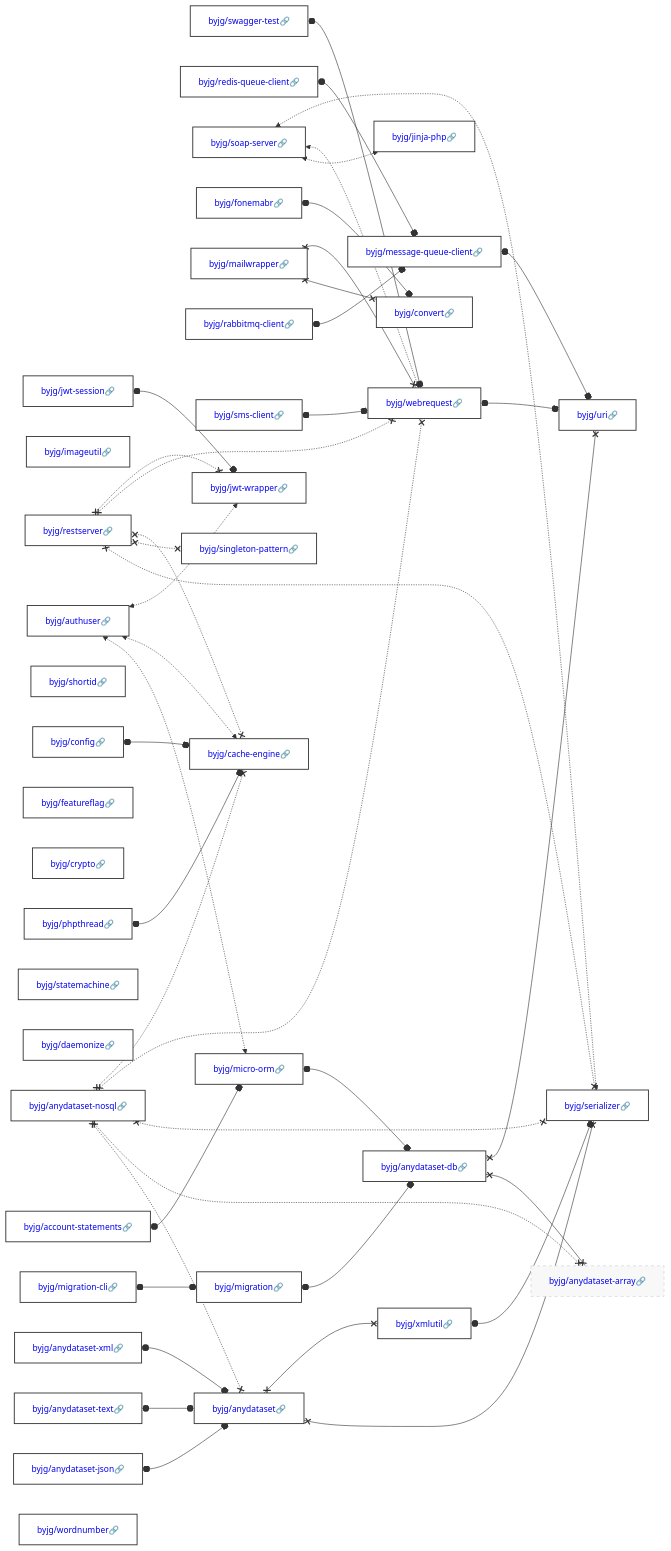
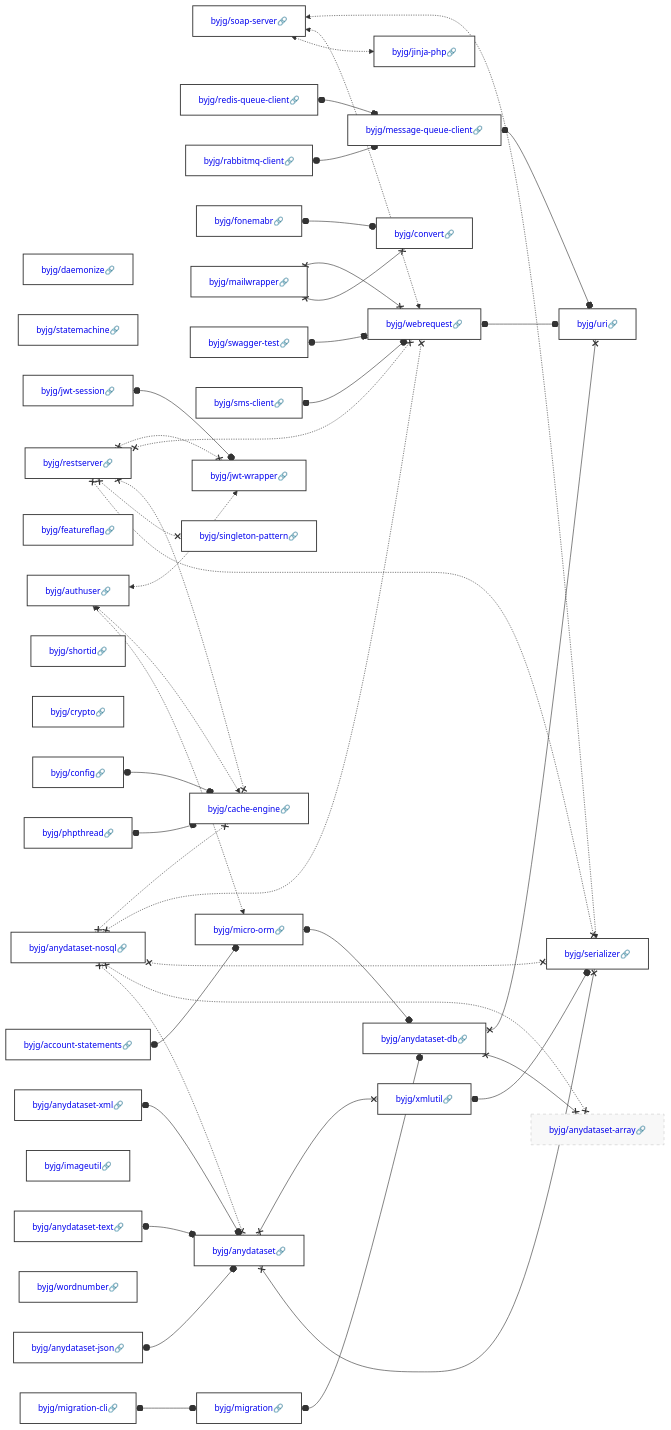
The diagram in docs/php/README.md (byjg/byjg.github.io), drawn with Mermaid before and after one commit. The commit also changed other lines of this file and 1 other file, not shown here.

Commit message:
Update documentation 'php' 'php-wordnumber'

````diff
--- a/docs/php/README.md
+++ b/docs/php/README.md
@@ -3,45 +3,45 @@
 ```mermaid
 graph LR;
+  byjg/soap-server[<a href='https://opensource.byjg.com/docs/php/soap-server' style='text-decoration:none'>byjg/soap-server🔗</a>];
+  byjg/redis-queue-client[<a href='https://opensource.byjg.com/docs/php/redis-queue-client' style='text-decoration:none'>byjg/redis-queue-client🔗</a>];
+  byjg/daemonize[<a href='https://opensource.byjg.com/docs/php/daemonize' style='text-decoration:none'>byjg/daemonize🔗</a>];
+  byjg/statemachine[<a href='https://opensource.byjg.com/docs/php/statemachine' style='text-decoration:none'>byjg/statemachine🔗</a>];
+  byjg/rabbitmq-client[<a href='https://opensource.byjg.com/docs/php/rabbitmq-client' style='text-decoration:none'>byjg/rabbitmq-client🔗</a>];
+  byjg/phpthread[<a href='https://opensource.byjg.com/docs/php/phpthread' style='text-decoration:none'>byjg/phpthread🔗</a>];
+  byjg/restserver[<a href='https://opensource.byjg.com/docs/php/restserver' style='text-decoration:none'>byjg/restserver🔗</a>];
+  byjg/featureflag[<a href='https://opensource.byjg.com/docs/php/featureflag' style='text-decoration:none'>byjg/featureflag🔗</a>];
+  byjg/authuser[<a href='https://opensource.byjg.com/docs/php/authuser' style='text-decoration:none'>byjg/authuser🔗</a>];
+  byjg/shortid[<a href='https://opensource.byjg.com/docs/php/shortid' style='text-decoration:none'>byjg/shortid🔗</a>];
+  byjg/crypto[<a href='https://opensource.byjg.com/docs/php/crypto' style='text-decoration:none'>byjg/crypto🔗</a>];
   byjg/jwt-session[<a href='https://opensource.byjg.com/docs/php/jwt-session' style='text-decoration:none'>byjg/jwt-session🔗</a>];
-  byjg/imageutil[<a href='https://opensource.byjg.com/docs/php/imageutil' style='text-decoration:none'>byjg/imageutil🔗</a>];
-  byjg/anydataset-text[<a href='https://opensource.byjg.com/docs/php/anydataset-text' style='text-decoration:none'>byjg/anydataset-text🔗</a>];
-  byjg/config[<a href='https://opensource.byjg.com/docs/php/config' style='text-decoration:none'>byjg/config🔗</a>];
-  byjg/shortid[<a href='https://opensource.byjg.com/docs/php/shortid' style='text-decoration:none'>byjg/shortid🔗</a>];
-  byjg/swagger-test[<a href='https://opensource.byjg.com/docs/php/swagger-test' style='text-decoration:none'>byjg/swagger-test🔗</a>];
-  byjg/anydataset-nosql[<a href='https://opensource.byjg.com/docs/php/anydataset-nosql' style='text-decoration:none'>byjg/anydataset-nosql🔗</a>];
-  byjg/redis-queue-client[<a href='https://opensource.byjg.com/docs/php/redis-queue-client' style='text-decoration:none'>byjg/redis-queue-client🔗</a>];
-  byjg/featureflag[<a href='https://opensource.byjg.com/docs/php/featureflag' style='text-decoration:none'>byjg/featureflag🔗</a>];
-  byjg/crypto[<a href='https://opensource.byjg.com/docs/php/crypto' style='text-decoration:none'>byjg/crypto🔗</a>];
-  byjg/anydataset-json[<a href='https://opensource.byjg.com/docs/php/anydataset-json' style='text-decoration:none'>byjg/anydataset-json🔗</a>];
-  byjg/soap-server[<a href='https://opensource.byjg.com/docs/php/soap-server' style='text-decoration:none'>byjg/soap-server🔗</a>];
-  byjg/statemachine[<a href='https://opensource.byjg.com/docs/php/statemachine' style='text-decoration:none'>byjg/statemachine🔗</a>];
-  byjg/daemonize[<a href='https://opensource.byjg.com/docs/php/daemonize' style='text-decoration:none'>byjg/daemonize🔗</a>];
+  byjg/account-statements[<a href='https://opensource.byjg.com/docs/php/account-statements' style='text-decoration:none'>byjg/account-statements🔗</a>];
   byjg/fonemabr[<a href='https://opensource.byjg.com/docs/php/fonemabr' style='text-decoration:none'>byjg/fonemabr🔗</a>];
   byjg/mailwrapper[<a href='https://opensource.byjg.com/docs/php/mailwrapper' style='text-decoration:none'>byjg/mailwrapper🔗</a>];
-  byjg/restserver[<a href='https://opensource.byjg.com/docs/php/restserver' style='text-decoration:none'>byjg/restserver🔗</a>];
-  byjg/authuser[<a href='https://opensource.byjg.com/docs/php/authuser' style='text-decoration:none'>byjg/authuser🔗</a>];
-  byjg/anydataset-xml[<a href='https://opensource.byjg.com/docs/php/anydataset-xml' style='text-decoration:none'>byjg/anydataset-xml🔗</a>];
-  byjg/phpthread[<a href='https://opensource.byjg.com/docs/php/phpthread' style='text-decoration:none'>byjg/phpthread🔗</a>];
+  byjg/config[<a href='https://opensource.byjg.com/docs/php/config' style='text-decoration:none'>byjg/config🔗</a>];
+  byjg/swagger-test[<a href='https://opensource.byjg.com/docs/php/swagger-test' style='text-decoration:none'>byjg/swagger-test🔗</a>];
+  byjg/anydataset-json[<a href='https://opensource.byjg.com/docs/php/anydataset-json' style='text-decoration:none'>byjg/anydataset-json🔗</a>];
   byjg/migration-cli[<a href='https://opensource.byjg.com/docs/php/migration-cli' style='text-decoration:none'>byjg/migration-cli🔗</a>];
-  byjg/account-statements[<a href='https://opensource.byjg.com/docs/php/account-statements' style='text-decoration:none'>byjg/account-statements🔗</a>];
-  byjg/rabbitmq-client[<a href='https://opensource.byjg.com/docs/php/rabbitmq-client' style='text-decoration:none'>byjg/rabbitmq-client🔗</a>];
+  byjg/imageutil[<a href='https://opensource.byjg.com/docs/php/imageutil' style='text-decoration:none'>byjg/imageutil🔗</a>];
+  byjg/anydataset-nosql[<a href='https://opensource.byjg.com/docs/php/anydataset-nosql' style='text-decoration:none'>byjg/anydataset-nosql🔗</a>];
   byjg/wordnumber[<a href='https://opensource.byjg.com/docs/php/wordnumber' style='text-decoration:none'>byjg/wordnumber🔗</a>];
   byjg/sms-client[<a href='https://opensource.byjg.com/docs/php/sms-client' style='text-decoration:none'>byjg/sms-client🔗</a>];
+  byjg/anydataset-xml[<a href='https://opensource.byjg.com/docs/php/anydataset-xml' style='text-decoration:none'>byjg/anydataset-xml🔗</a>];
+  byjg/anydataset-text[<a href='https://opensource.byjg.com/docs/php/anydataset-text' style='text-decoration:none'>byjg/anydataset-text🔗</a>];
   byjg/jinja-php[<a href='https://opensource.byjg.com/docs/php/jinja-php' style='text-decoration:none'>byjg/jinja-php🔗</a>];
-  byjg/convert[<a href='https://opensource.byjg.com/docs/php/convert' style='text-decoration:none'>byjg/convert🔗</a>];
+  byjg/message-queue-client[<a href='https://opensource.byjg.com/docs/php/message-queue-client' style='text-decoration:none'>byjg/message-queue-client🔗</a>];
   byjg/singleton-pattern[<a href='https://opensource.byjg.com/docs/php/singleton-pattern' style='text-decoration:none'>byjg/singleton-pattern🔗</a>];
   byjg/jwt-wrapper[<a href='https://opensource.byjg.com/docs/php/jwt-wrapper' style='text-decoration:none'>byjg/jwt-wrapper🔗</a>];
+  byjg/micro-orm[<a href='https://opensource.byjg.com/docs/php/micro-orm' style='text-decoration:none'>byjg/micro-orm🔗</a>];
+  byjg/convert[<a href='https://opensource.byjg.com/docs/php/convert' style='text-decoration:none'>byjg/convert🔗</a>];
+  byjg/migration[<a href='https://opensource.byjg.com/docs/php/migration' style='text-decoration:none'>byjg/migration🔗</a>];
+  byjg/cache-engine[<a href='https://opensource.byjg.com/docs/php/cache-engine' style='text-decoration:none'>byjg/cache-engine🔗</a>];
+  byjg/webrequest[<a href='https://opensource.byjg.com/docs/php/webrequest' style='text-decoration:none'>byjg/webrequest🔗</a>];
   byjg/anydataset[<a href='https://opensource.byjg.com/docs/php/anydataset' style='text-decoration:none'>byjg/anydataset🔗</a>];
-  byjg/cache-engine[<a href='https://opensource.byjg.com/docs/php/cache-engine' style='text-decoration:none'>byjg/cache-engine🔗</a>];
-  byjg/migration[<a href='https://opensource.byjg.com/docs/php/migration' style='text-decoration:none'>byjg/migration🔗</a>];
-  byjg/micro-orm[<a href='https://opensource.byjg.com/docs/php/micro-orm' style='text-decoration:none'>byjg/micro-orm🔗</a>];
-  byjg/message-queue-client[<a href='https://opensource.byjg.com/docs/php/message-queue-client' style='text-decoration:none'>byjg/message-queue-client🔗</a>];
-  byjg/webrequest[<a href='https://opensource.byjg.com/docs/php/webrequest' style='text-decoration:none'>byjg/webrequest🔗</a>];
+  byjg/anydataset-db[<a href='https://opensource.byjg.com/docs/php/anydataset-db' style='text-decoration:none'>byjg/anydataset-db🔗</a>];
   byjg/xmlutil[<a href='https://opensource.byjg.com/docs/php/xmlutil' style='text-decoration:none'>byjg/xmlutil🔗</a>];
-  byjg/anydataset-db[<a href='https://opensource.byjg.com/docs/php/anydataset-db' style='text-decoration:none'>byjg/anydataset-db🔗</a>];
-  byjg/serializer[<a href='https://opensource.byjg.com/docs/php/serializer' style='text-decoration:none'>byjg/serializer🔗</a>];
   byjg/anydataset-array[<a href='https://opensource.byjg.com/docs/php/anydataset-array' style='text-decoration:none'>byjg/anydataset-array🔗</a>];
   byjg/uri[<a href='https://opensource.byjg.com/docs/php/uri' style='text-decoration:none'>byjg/uri🔗</a>];
+  byjg/serializer[<a href='https://opensource.byjg.com/docs/php/serializer' style='text-decoration:none'>byjg/serializer🔗</a>];
   byjg/xmlutil o--o byjg/serializer;
   byjg/rabbitmq-client o--o byjg/message-queue-client;
   byjg/migration o--o byjg/anydataset-db;
````
